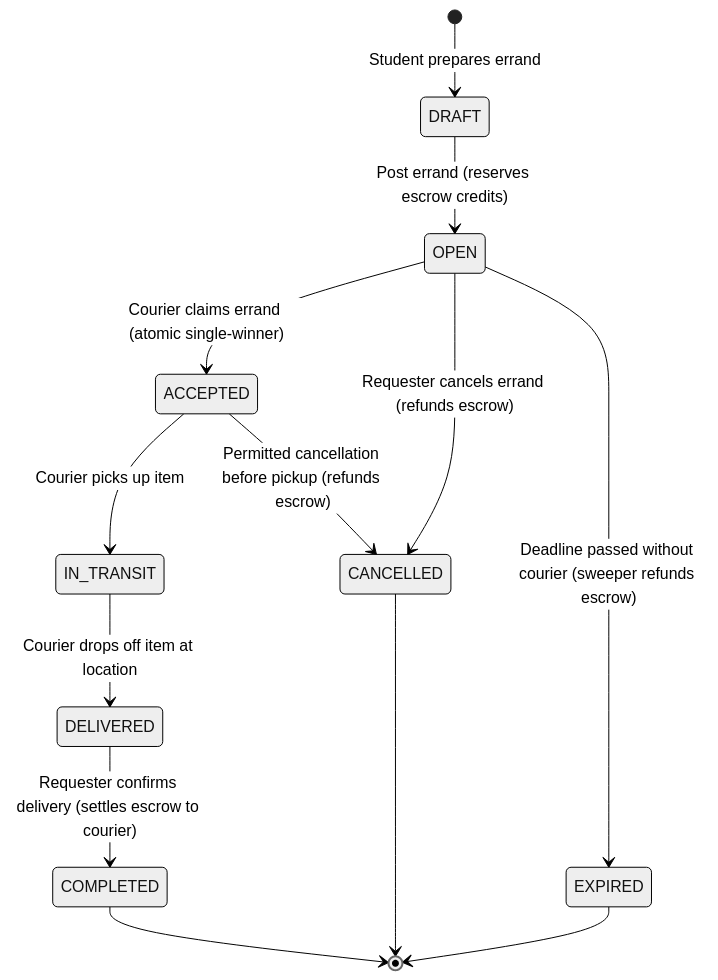
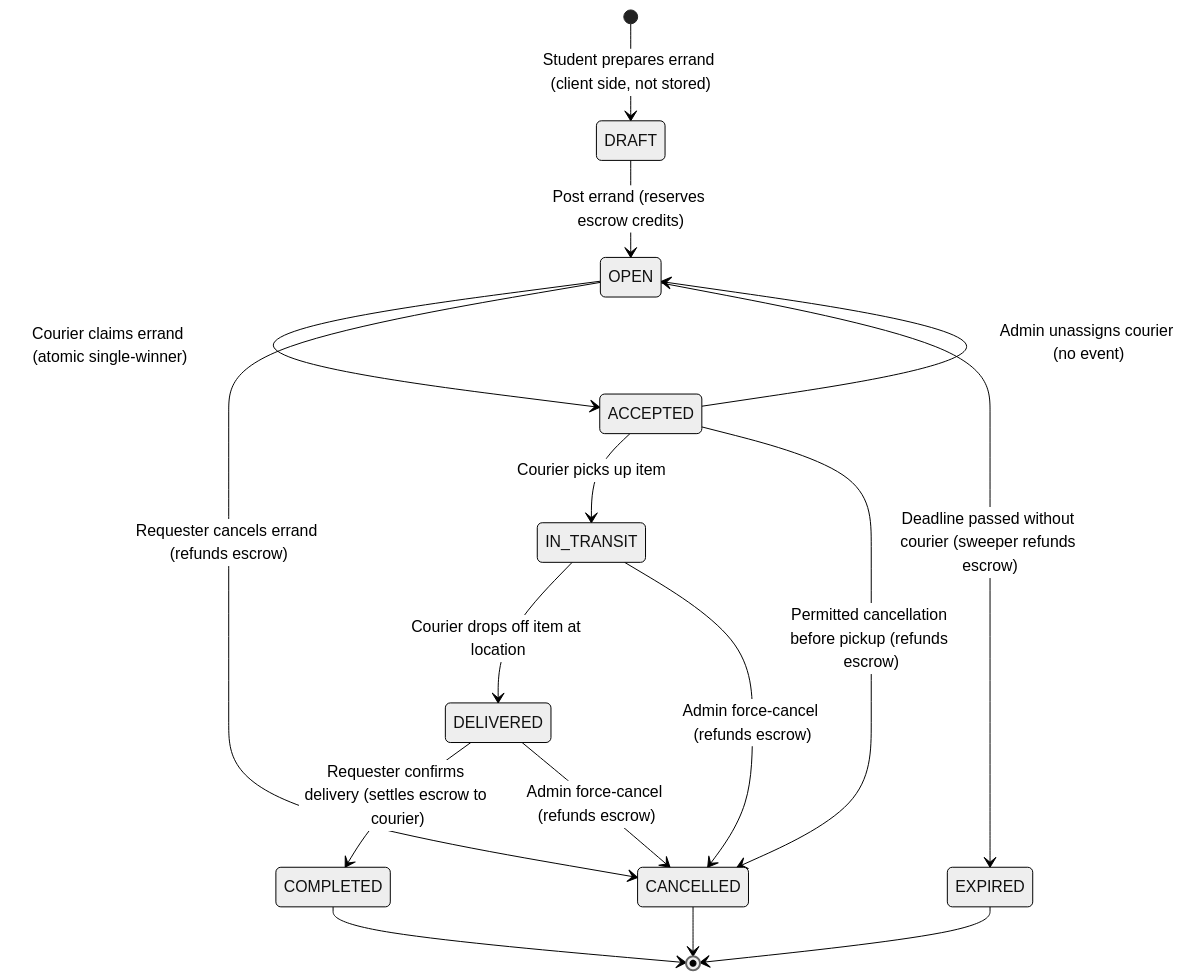
The first of 3 diagrams in docs/errand-specification.md (AY2627S1-CS3219-P25/friend-on-campus), drawn with Mermaid (neutral theme) before and after one commit. The commit also changed other lines of this file and 7 other files, not shown here.

````diff
--- a/docs/errand-specification.md
+++ b/docs/errand-specification.md
@@ -18,19 +22,23 @@
 ```mermaid
 stateDiagram-v2
-  [*] --> DRAFT: Student prepares errand
+  [*] --> DRAFT: Student prepares errand (client side, not stored)
   DRAFT --> OPEN: Post errand (reserves escrow credits)
   
   OPEN --> ACCEPTED: Courier claims errand (atomic single-winner)
   OPEN --> CANCELLED: Requester cancels errand (refunds escrow)
   OPEN --> EXPIRED: Deadline passed without courier (sweeper refunds escrow)
 
   ACCEPTED --> IN_TRANSIT: Courier picks up item
   ACCEPTED --> CANCELLED: Permitted cancellation before pickup (refunds escrow)
 
   IN_TRANSIT --> DELIVERED: Courier drops off item at location
   DELIVERED --> COMPLETED: Requester confirms delivery (settles escrow to courier)
 
+  ACCEPTED --> OPEN: Admin unassigns courier (no event)
+  IN_TRANSIT --> CANCELLED: Admin force-cancel (refunds escrow)
+  DELIVERED --> CANCELLED: Admin force-cancel (refunds escrow)
+
   COMPLETED --> [*]
   CANCELLED --> [*]
   EXPIRED --> [*]
 ```
````
